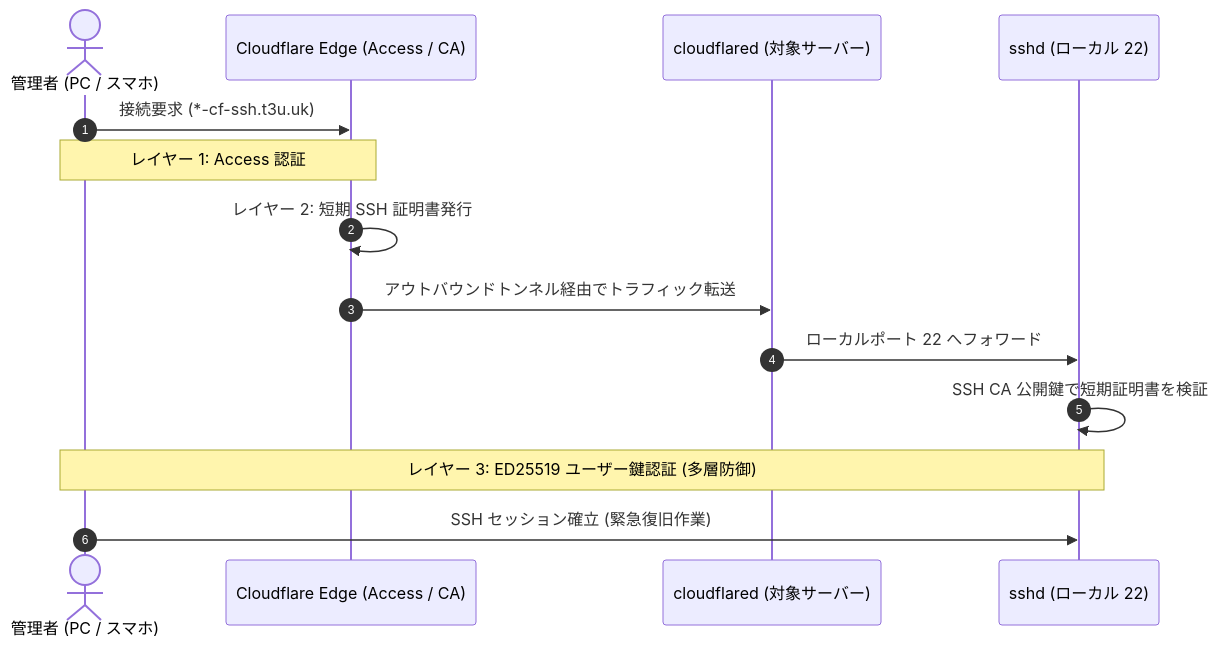
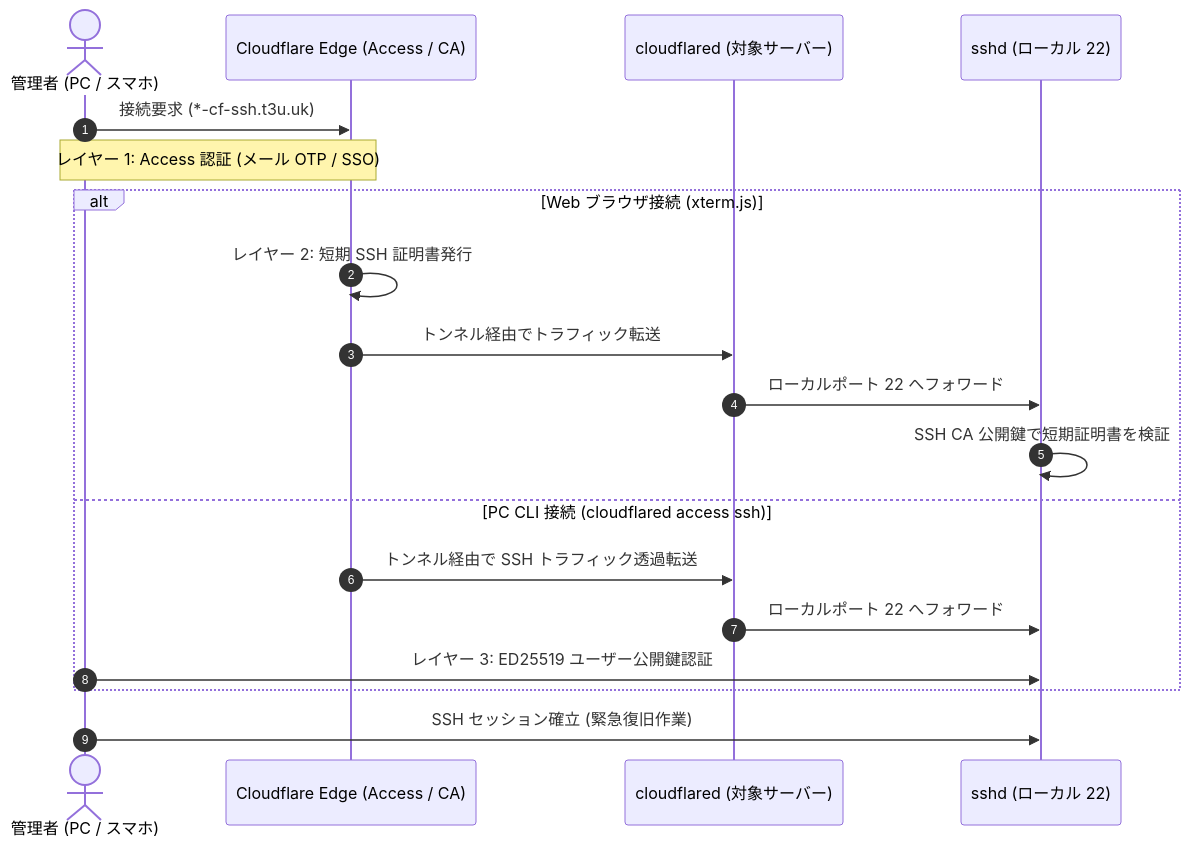
Before and after one commit to t3u-tsu/nix-config: the diagram in docs/operations/emergency-cf-ssh.md, drawn with Mermaid. The commit also changed other lines of this file and 3 other files, not shown here.

````diff
--- a/docs/operations/emergency-cf-ssh.md
+++ b/docs/operations/emergency-cf-ssh.md
@@ -13,17 +13,24 @@
 ```mermaid
 sequenceDiagram
     autonumber
     actor Admin as 管理者 (PC / スマホ)
     participant CF_Edge as Cloudflare Edge (Access / CA)
     participant CF_Tunnel as cloudflared (対象サーバー)
     participant SSHD as sshd (ローカル 22)
 
     Admin->>CF_Edge: 接続要求 (*-cf-ssh.t3u.uk)
-    Note over Admin,CF_Edge: レイヤー 1: Access 認証
-    CF_Edge->>CF_Edge: レイヤー 2: 短期 SSH 証明書発行
-    CF_Edge->>CF_Tunnel: アウトバウンドトンネル経由でトラフィック転送
-    CF_Tunnel->>SSHD: ローカルポート 22 へフォワード
-    SSHD->>SSHD: SSH CA 公開鍵で短期証明書を検証
-    Note over Admin,SSHD: レイヤー 3: ED25519 ユーザー鍵認証 (多層防御)
+    Note over Admin,CF_Edge: レイヤー 1: Access 認証 (メール OTP / SSO)
+
+    alt Web ブラウザ接続 (xterm.js)
+        CF_Edge->>CF_Edge: レイヤー 2: 短期 SSH 証明書発行
+        CF_Edge->>CF_Tunnel: トンネル経由でトラフィック転送
+        CF_Tunnel->>SSHD: ローカルポート 22 へフォワード
+        SSHD->>SSHD: SSH CA 公開鍵で短期証明書を検証
+    else PC CLI 接続 (cloudflared access ssh)
+        CF_Edge->>CF_Tunnel: トンネル経由で SSH トラフィック透過転送
+        CF_Tunnel->>SSHD: ローカルポート 22 へフォワード
+        Admin->>SSHD: レイヤー 3: ED25519 ユーザー公開鍵認証
+    end
+
     Admin->>SSHD: SSH セッション確立 (緊急復旧作業)
 ```
````
